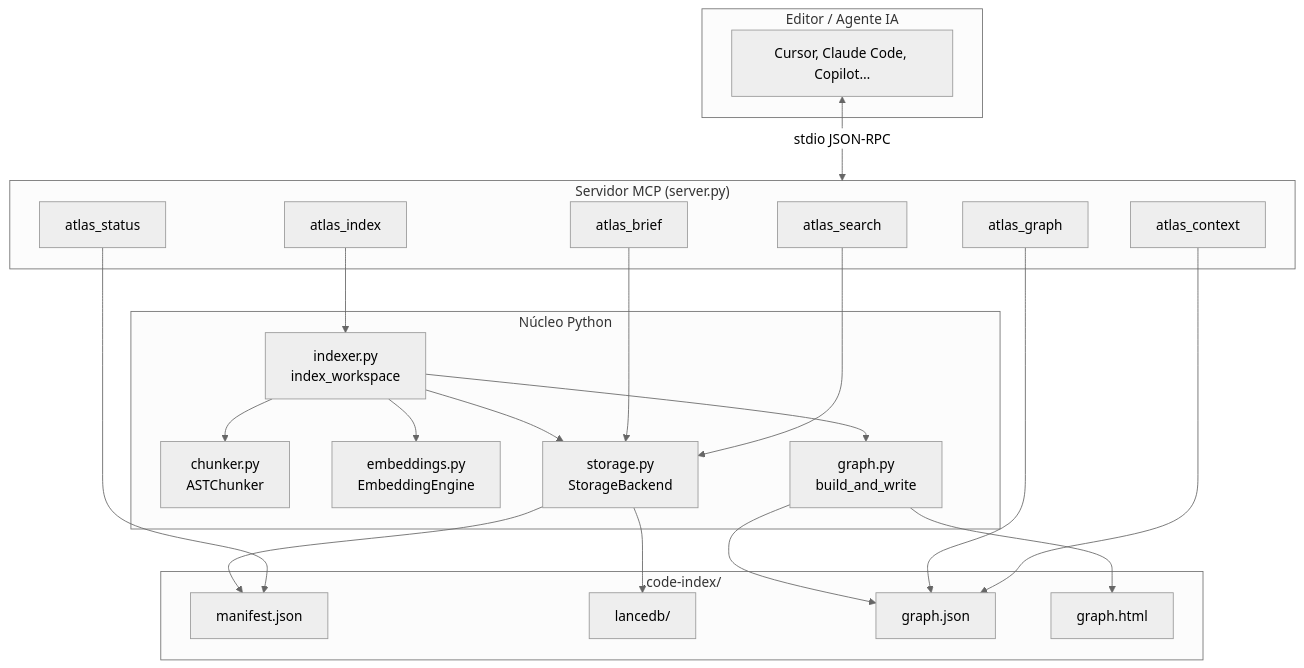
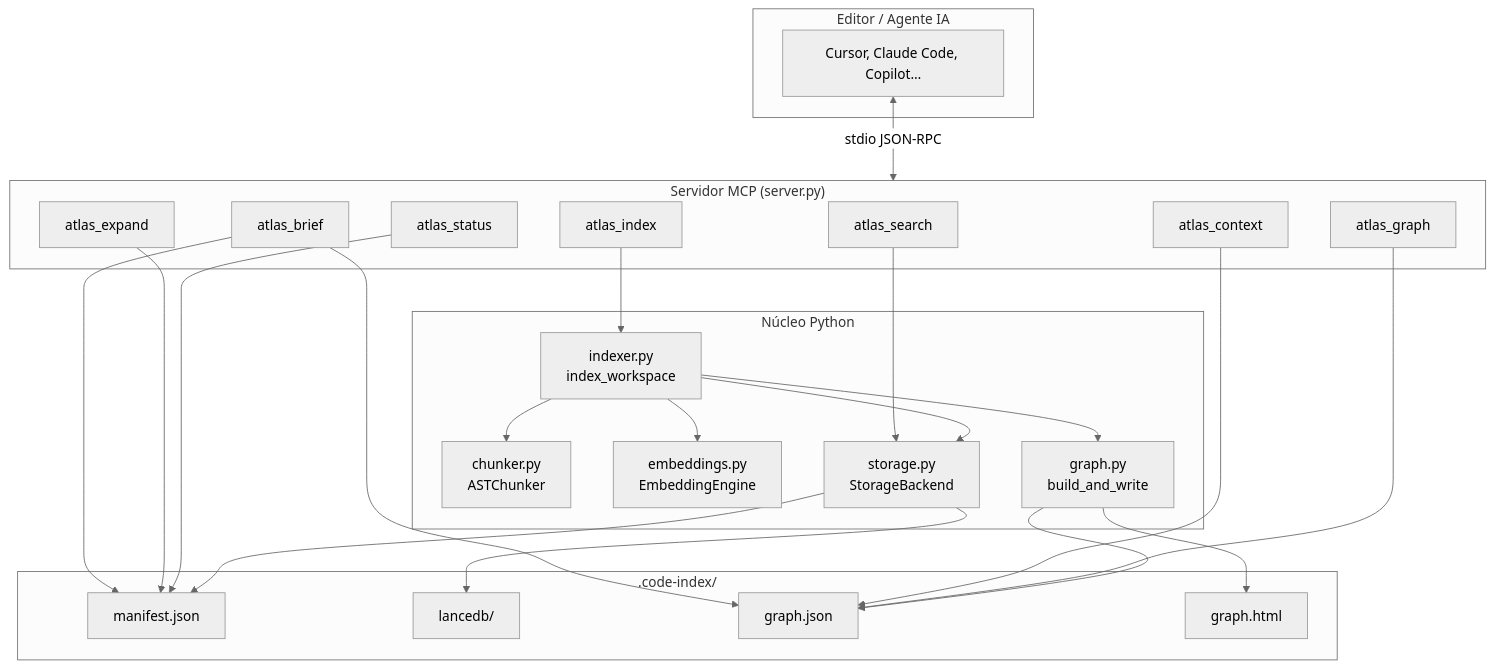
The second of 14 diagrams in docs/guia-indexacao-grafo-mcp.md (LuisCarlosLopes/codesteer-atlas), drawn with Mermaid (neutral theme) before and after one commit. The commit also changed other lines of this file and 3 other files, not shown here.

````diff
--- a/docs/guia-indexacao-grafo-mcp.md
+++ b/docs/guia-indexacao-grafo-mcp.md
@@ -74,47 +78,50 @@
 ```mermaid
 flowchart TB
     subgraph Cliente["Editor / Agente IA"]
         CURSOR[Cursor, Claude Code, Copilot…]
     end
 
     subgraph MCP["Servidor MCP (server.py)"]
         T1[atlas_search]
         T2[atlas_brief]
         T3[atlas_context]
+        T7[atlas_expand]
         T4[atlas_graph]
         T5[atlas_index]
         T6[atlas_status]
     end
 
     subgraph Core["Núcleo Python"]
         IDX[indexer.py<br/>index_workspace]
         CHK[chunker.py<br/>ASTChunker]
         EMB[embeddings.py<br/>EmbeddingEngine]
         STO[storage.py<br/>StorageBackend]
         GRP[graph.py<br/>build_and_write]
     end
 
     subgraph Disco[".code-index/"]
         MAN[manifest.json]
         DB[lancedb/]
         GJ[graph.json]
         GH[graph.html]
     end
 
     CURSOR <-->|stdio JSON-RPC| MCP
     T5 --> IDX
     T1 --> STO
-    T2 --> STO
+    T2 --> MAN
+    T2 --> GJ
     T3 --> GJ
+    T7 --> MAN
     T4 --> GJ
     T6 --> MAN
 
     IDX --> CHK
     IDX --> EMB
     IDX --> STO
     IDX --> GRP
     STO --> DB
     STO --> MAN
     GRP --> GJ
     GRP --> GH
 ```
````
